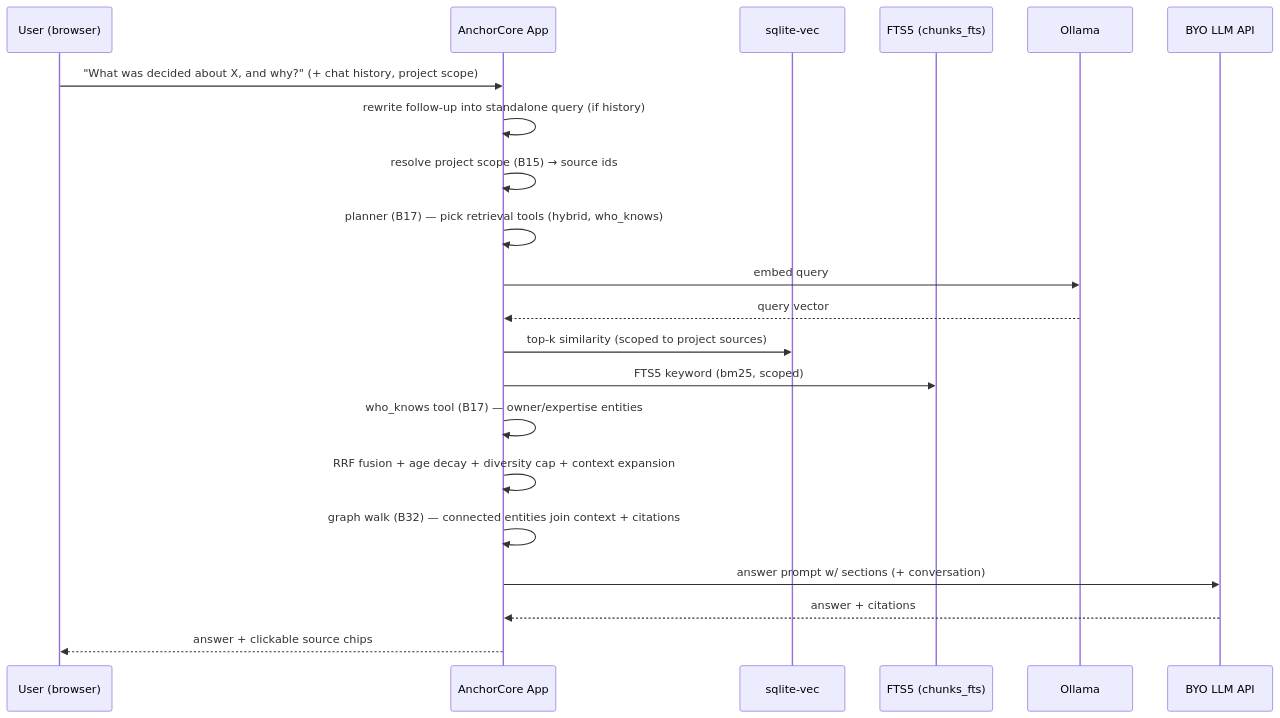
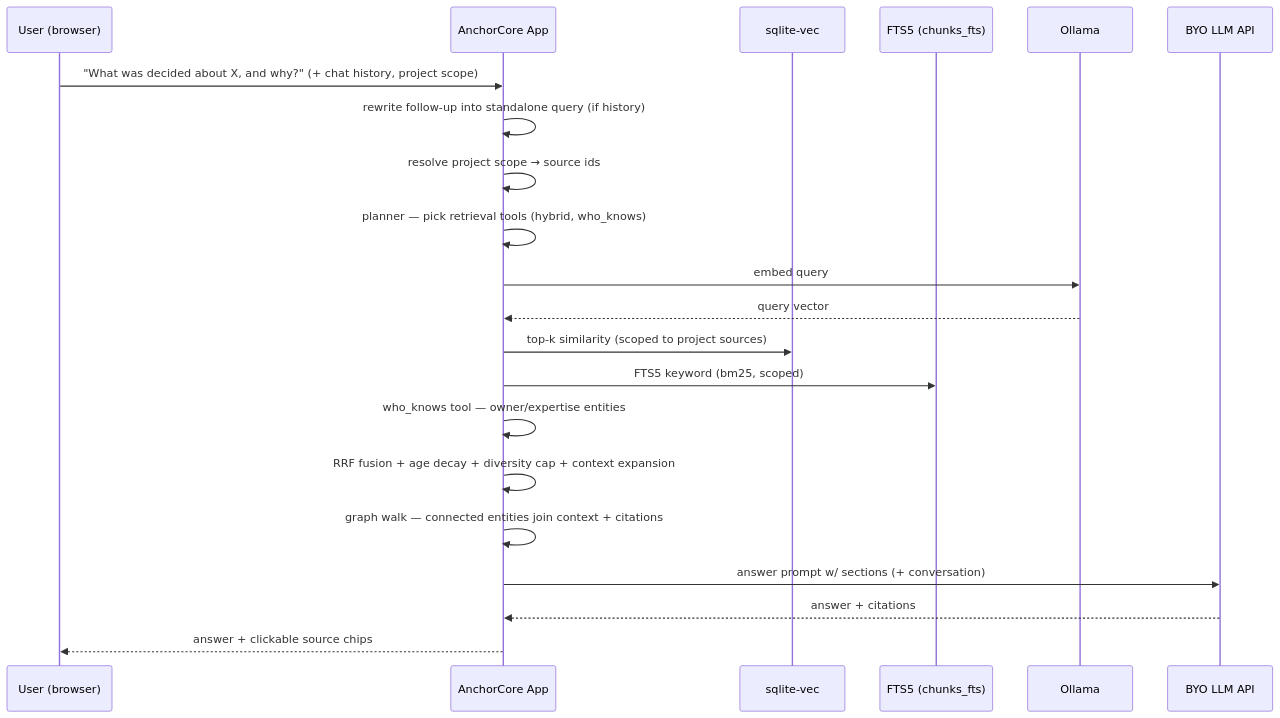
The third of 4 diagrams in docs/architecture.md (Atsirkunov/anchorcore), drawn with Mermaid before and after one commit. The commit also changed other lines of this file and 29 other files, not shown here.

````diff
--- a/docs/architecture.md
+++ b/docs/architecture.md
@@ -83,24 +106,24 @@
 ```mermaid
 sequenceDiagram
     participant U as User (browser)
     participant A as AnchorCore App
     participant V as sqlite-vec
     participant F as FTS5 (chunks_fts)
     participant O as Ollama
     participant M as BYO LLM API
 
     U->>A: "What was decided about X, and why?" (+ chat history, project scope)
     A->>A: rewrite follow-up into standalone query (if history)
-    A->>A: resolve project scope (B15) → source ids
-    A->>A: planner (B17) — pick retrieval tools (hybrid, who_knows)
+    A->>A: resolve project scope → source ids
+    A->>A: planner — pick retrieval tools (hybrid, who_knows)
     A->>O: embed query
     O-->>A: query vector
     A->>V: top-k similarity (scoped to project sources)
     A->>F: FTS5 keyword (bm25, scoped)
-    A->>A: who_knows tool (B17) — owner/expertise entities
+    A->>A: who_knows tool — owner/expertise entities
     A->>A: RRF fusion + age decay + diversity cap + context expansion
-    A->>A: graph walk (B32) — connected entities join context + citations
+    A->>A: graph walk — connected entities join context + citations
     A->>M: answer prompt w/ sections (+ conversation)
     M-->>A: answer + citations
     A-->>U: answer + clickable source chips
 ```
````
